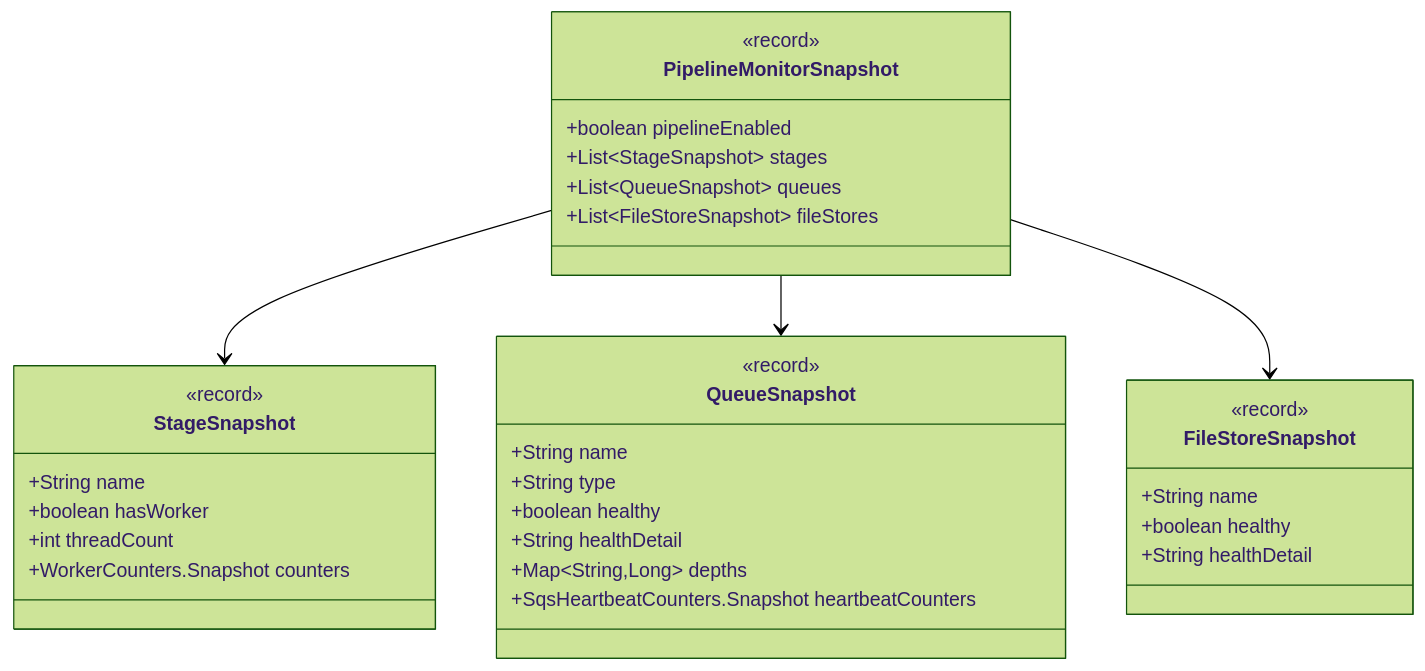
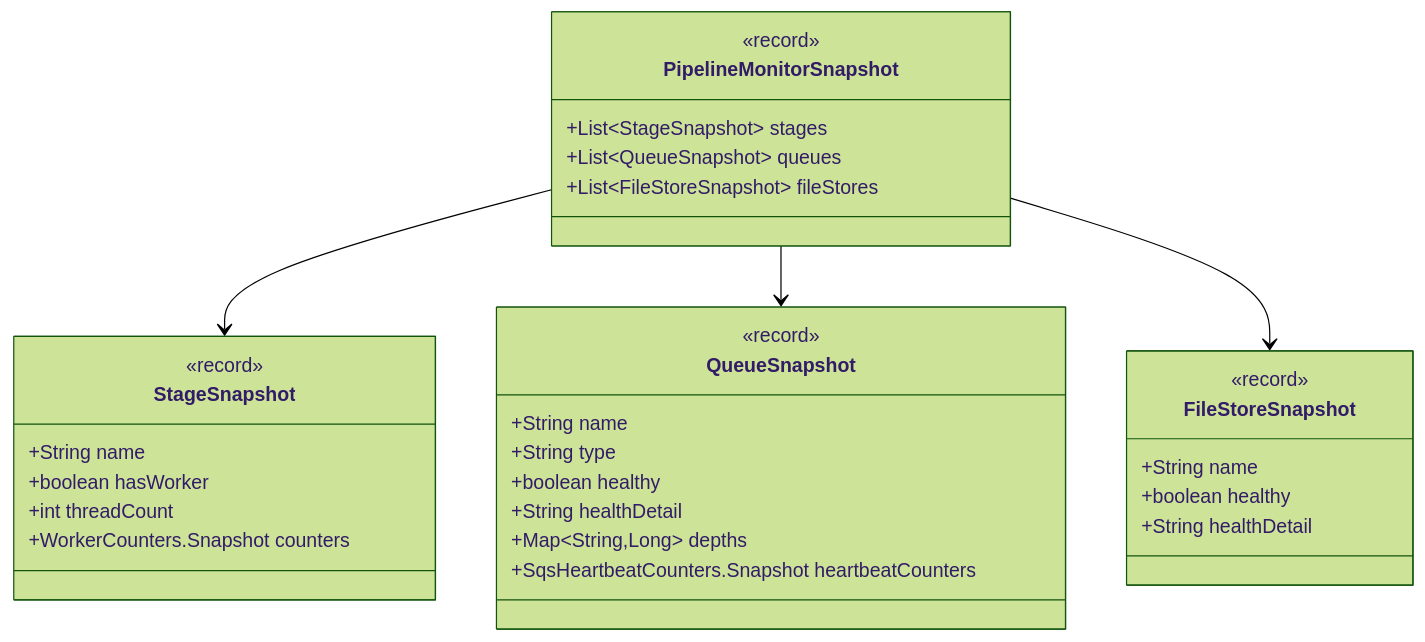
One commit to gchq/stroom changed the tenth of 10 diagrams in stroom-proxy/designs/detailed-design-runtime.md. Above: the diagram before and after it, drawn with Mermaid (forest theme). The commit also changed other lines of this file and 26 other files, not shown here.

Commit message:
refactor: enable pipeline architecture by default, removing legacy configuration and supporting components.

````diff
--- a/stroom-proxy/designs/detailed-design-runtime.md
+++ b/stroom-proxy/designs/detailed-design-runtime.md
@@ -305,39 +305,38 @@
 ```mermaid
 classDiagram
     class PipelineMonitorSnapshot {
         <<record>>
-        +boolean pipelineEnabled
         +List~StageSnapshot~ stages
         +List~QueueSnapshot~ queues
         +List~FileStoreSnapshot~ fileStores
     }
 
     class StageSnapshot {
         <<record>>
         +String name
         +boolean hasWorker
         +int threadCount
         +WorkerCounters.Snapshot counters
     }
 
     class QueueSnapshot {
         <<record>>
         +String name
         +String type
         +boolean healthy
         +String healthDetail
         +Map~String,Long~ depths
         +SqsHeartbeatCounters.Snapshot heartbeatCounters
     }
 
     class FileStoreSnapshot {
         <<record>>
         +String name
         +boolean healthy
         +String healthDetail
     }
 
     PipelineMonitorSnapshot --> StageSnapshot
     PipelineMonitorSnapshot --> QueueSnapshot
     PipelineMonitorSnapshot --> FileStoreSnapshot
 ```
````
